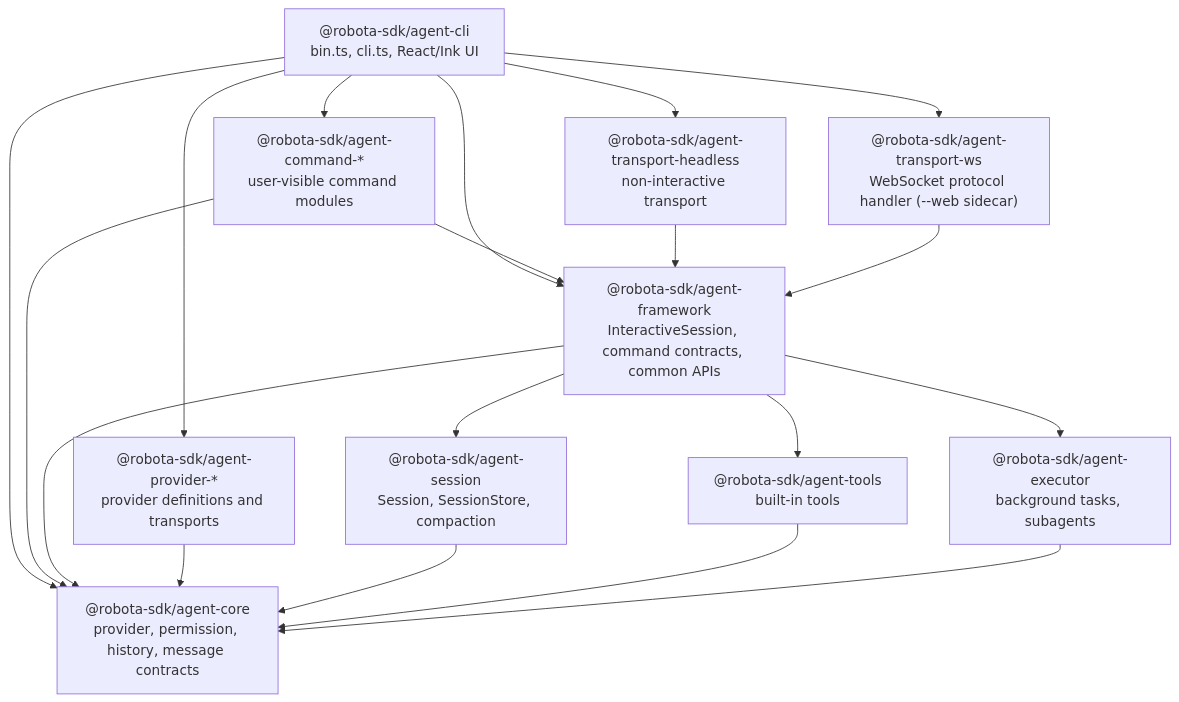
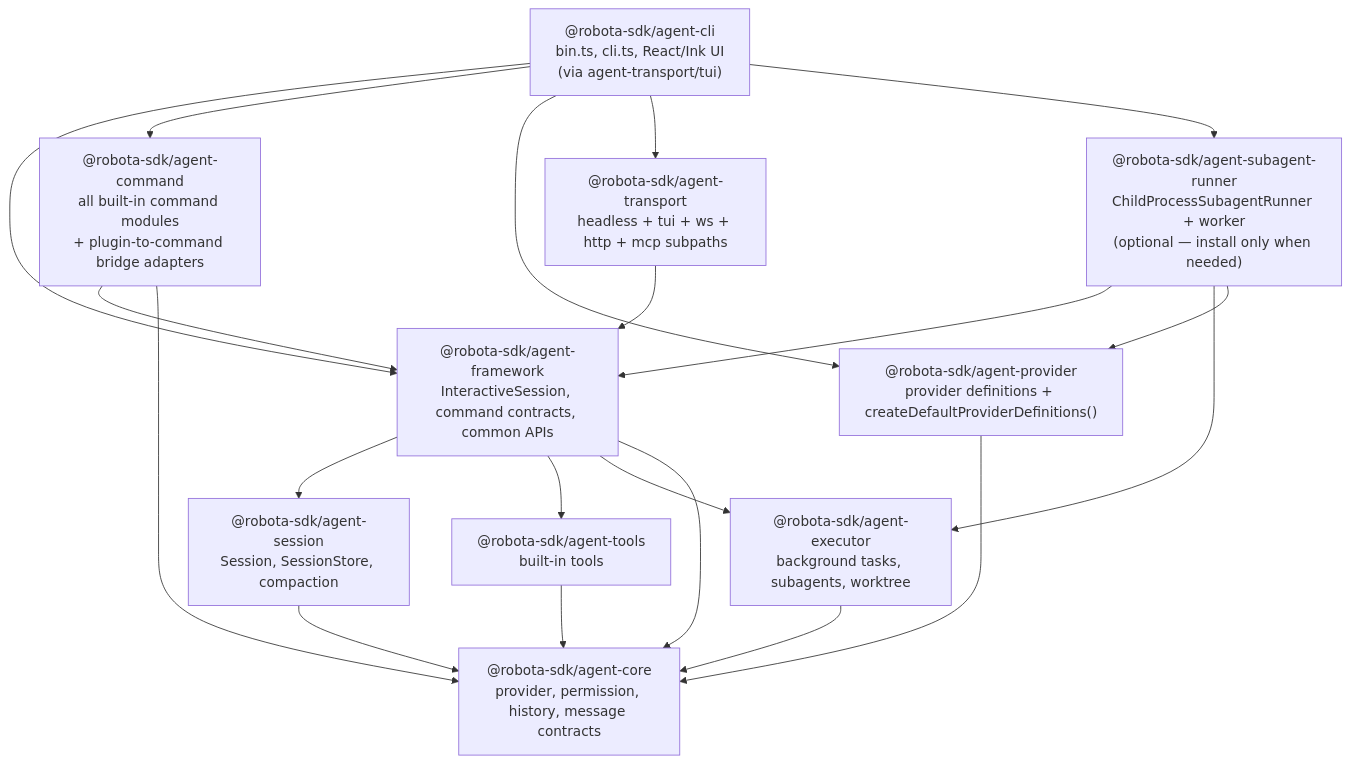
One commit to woojubb/robota changed the diagram in .agents/specs/architecture-map/agent-cli/target-architecture.md. Above: the diagram before and after it, drawn with Mermaid. The commit also changed other lines of this file and 690 other files, not shown here.

````diff
--- a/.agents/specs/architecture-map/agent-cli/target-architecture.md
+++ b/.agents/specs/architecture-map/agent-cli/target-architecture.md
@@ -69,35 +76,37 @@
 ```mermaid
 flowchart TD
-  CLI["@robota-sdk/agent-cli\nbin.ts, cli.ts, React/Ink UI"]
-  SDK["@robota-sdk/agent-framework\nInteractiveSession, command contracts, common APIs"]
-  Commands["@robota-sdk/agent-command-*\nuser-visible command modules"]
+  CLI["@robota-sdk/agent-cli\nbin.ts, cli.ts, React/Ink UI\n(via agent-transport/tui)"]
+  Framework["@robota-sdk/agent-framework\nInteractiveSession, command contracts, common APIs"]
+  Commands["@robota-sdk/agent-command\nall built-in command modules\n+ plugin-to-command bridge adapters"]
   Core["@robota-sdk/agent-core\nprovider, permission, history, message contracts"]
-  Sessions["@robota-sdk/agent-session\nSession, SessionStore, compaction"]
+  Session["@robota-sdk/agent-session\nSession, SessionStore, compaction"]
   Tools["@robota-sdk/agent-tools\nbuilt-in tools"]
-  Runtime["@robota-sdk/agent-executor\nbackground tasks, subagents"]
-  Providers["@robota-sdk/agent-provider-*\nprovider definitions and transports"]
-  Headless["@robota-sdk/agent-transport-headless\nnon-interactive transport"]
-  WsTransport["@robota-sdk/agent-transport-ws\nWebSocket protocol handler (--web sidecar)"]
+  Executor["@robota-sdk/agent-executor\nbackground tasks, subagents, worktree"]
+  Provider["@robota-sdk/agent-provider\nprovider definitions + createDefaultProviderDefinitions()"]
+  Transport["@robota-sdk/agent-transport\nheadless + tui + ws + http + mcp subpaths"]
+  SubagentRunner["@robota-sdk/agent-subagent-runner\nChildProcessSubagentRunner + worker\n(optional — install only when needed)"]
 
-  CLI --> SDK
+  CLI --> Framework
   CLI --> Commands
-  CLI --> Providers
-  CLI --> Core
-  CLI --> Headless
-  CLI --> WsTransport
+  CLI --> Provider
+  CLI --> Transport
+  CLI --> SubagentRunner
 
-  Commands --> SDK
+  SubagentRunner --> Framework
+  SubagentRunner --> Executor
+  SubagentRunner --> Provider
+
+  Commands --> Framework
   Commands --> Core
 
-  SDK --> Sessions
-  SDK --> Tools
-  SDK --> Runtime
-  SDK --> Core
+  Framework --> Session
+  Framework --> Tools
+  Framework --> Executor
+  Framework --> Core
 
-  Providers --> Core
-  Sessions --> Core
+  Provider --> Core
+  Session --> Core
   Tools --> Core
-  Runtime --> Core
-  Headless --> SDK
-  WsTransport --> SDK
+  Executor --> Core
+  Transport --> Framework
 ```
````
